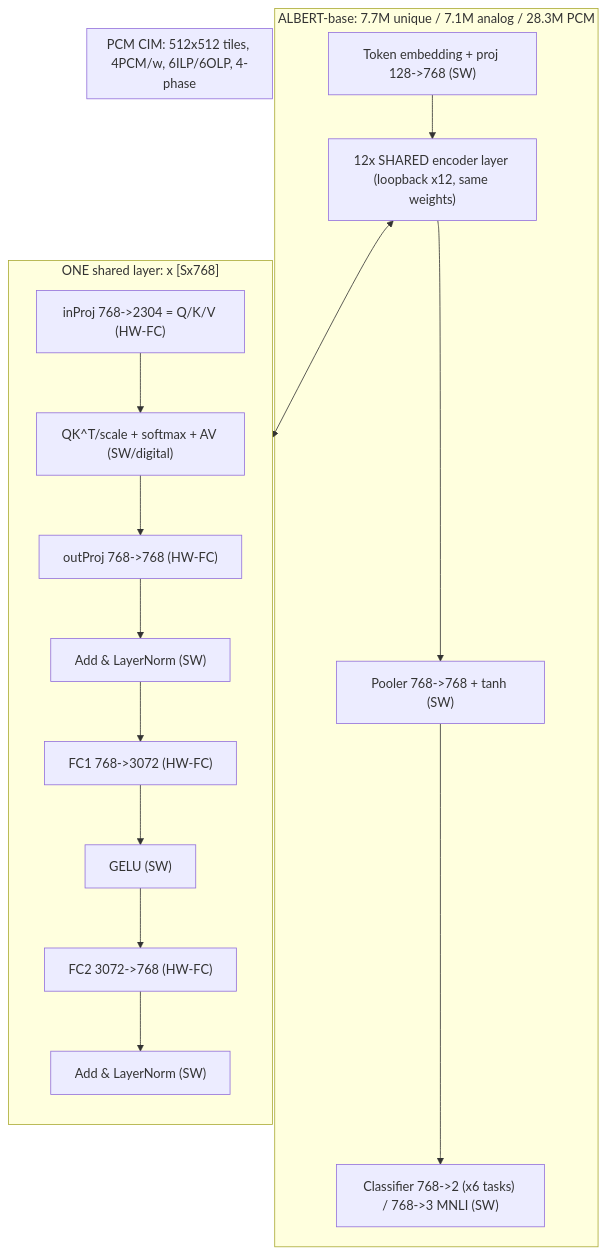
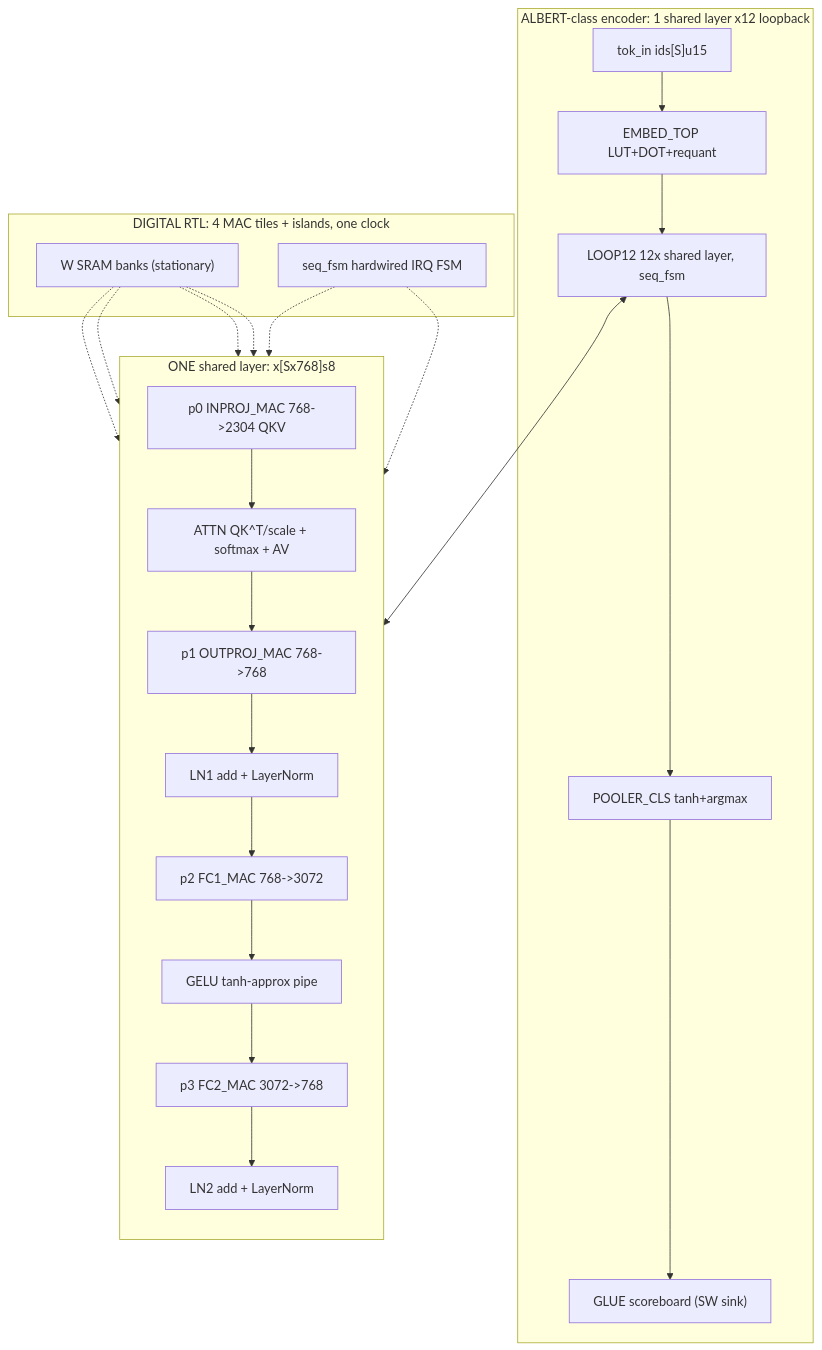
The diagram in architecture/top-level.md (Team-RocketEDA/albert-chip-demo), drawn with Mermaid before and after one commit. The commit also changed other lines of this file and 17 other files, not shown here.

````diff
--- a/architecture/top-level.md
+++ b/architecture/top-level.md
@@ -9,29 +15,38 @@
 ```mermaid
 flowchart TB
-  subgraph ALBERT_base["ALBERT-base: 7.7M unique / 7.1M analog / 28.3M PCM"]
-    EMB["Token embedding + proj 128->768 (SW)"]
-    L12["12x SHARED encoder layer (loopback x12, same weights)"]
-    POOL["Pooler 768->768 + tanh (SW)"]
-    CLS["Classifier 768->2 (x6 tasks) / 768->3 MNLI (SW)"]
-    EMB --> L12 --> POOL --> CLS
+  subgraph ALBERT_top["ALBERT-class encoder: 1 shared layer x12 loopback"]
+    TOK["tok_in ids[S]u15"]
+    EMB["EMBED_TOP LUT+DOT+requant"]
+    LOOP["LOOP12 12x shared layer, seq_fsm"]
+    POOL["POOLER_CLS tanh+argmax"]
+    GLUE["GLUE scoreboard (SW sink)"]
+    TOK --> EMB --> LOOP --> POOL --> GLUE
   end
-  subgraph Layer["ONE shared layer: x [Sx768]"]
+  subgraph Layer["ONE shared layer: x[Sx768]s8"]
     direction TB
-    INP["inProj 768->2304 = Q/K/V (HW-FC)"]
-    ATT["QK^T/scale + softmax + AV (SW/digital)"]
-    OUTP["outProj 768->768 (HW-FC)"]
-    LN1["Add & LayerNorm (SW)"]
-    FC1["FC1 768->3072 (HW-FC)"]
-    GELU["GELU (SW)"]
-    FC2["FC2 3072->768 (HW-FC)"]
-    LN2["Add & LayerNorm (SW)"]
-    INP --> ATT --> OUTP --> LN1 --> FC1 --> GELU --> FC2 --> LN2
+    P0["p0 INPROJ_MAC 768->2304 QKV"]
+    ATTN["ATTN QK^T/scale + softmax + AV"]
+    P1["p1 OUTPROJ_MAC 768->768"]
+    LN1["LN1 add + LayerNorm"]
+    P2["p2 FC1_MAC 768->3072"]
+    GELU["GELU tanh-approx pipe"]
+    P3["p3 FC2_MAC 3072->768"]
+    LN2["LN2 add + LayerNorm"]
+    P0 --> ATTN --> P1 --> LN1 --> P2 --> GELU --> P3 --> LN2
   end
-  L12 <--> Layer
-  subgraph Chip["PCM CIM: 512x512 tiles, 4PCM/w, 6ILP/6OLP, 4-phase"]
-    INP
-    OUTP
-    FC1
-    FC2
+  LOOP <--> Layer
+  subgraph RTLchip["DIGITAL RTL: 4 MAC tiles + islands, one clock"]
+    P0
+    P1
+    P2
+    P3
+    WMEM["W SRAM banks (stationary)"]
+    SEQ["seq_fsm hardwired IRQ FSM"]
+    WMEM -.-> P0
+    WMEM -.-> P1
+    WMEM -.-> P2
+    WMEM -.-> P3
+    SEQ -.-> P0
+    SEQ -.-> P3
   end
 ```
````
